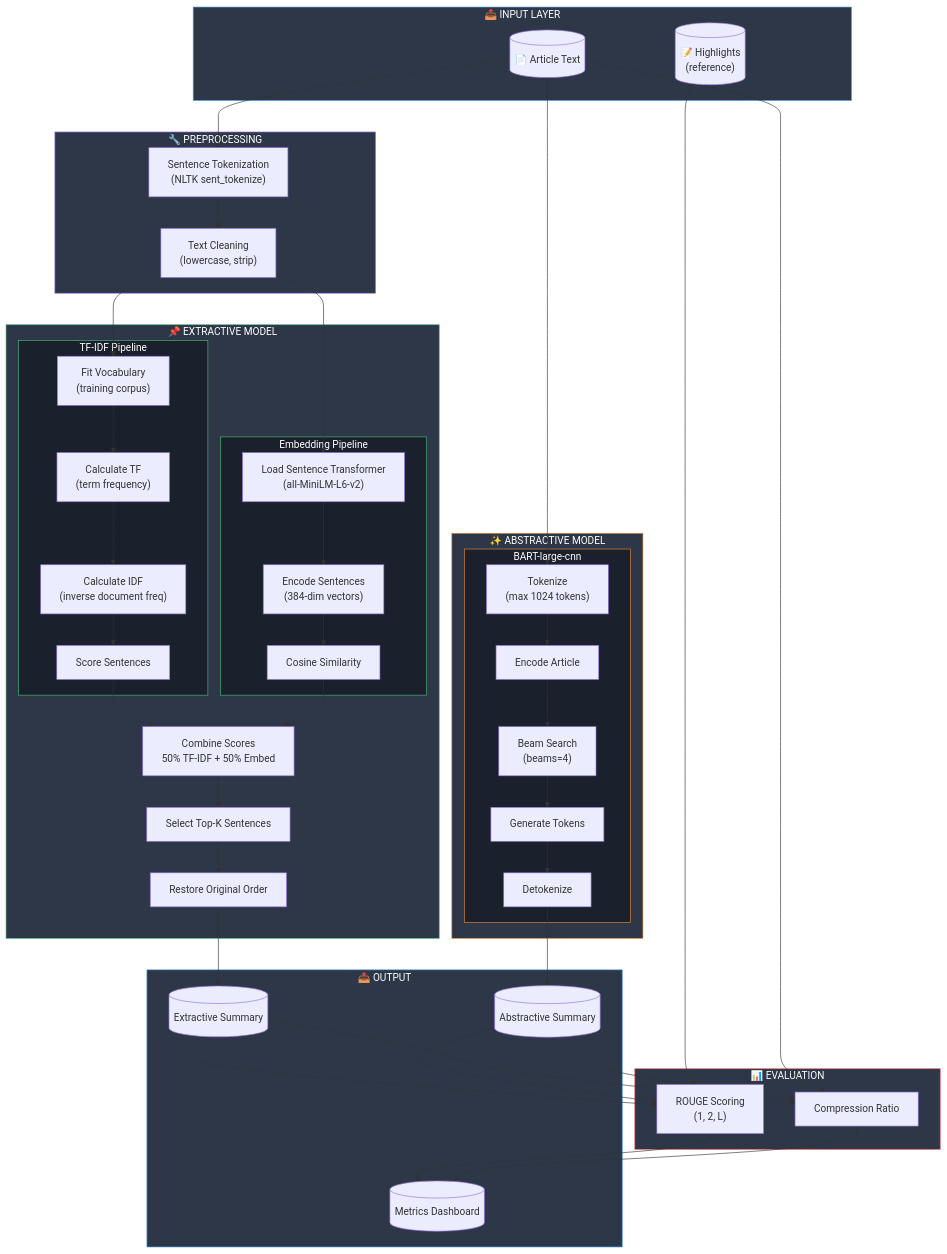
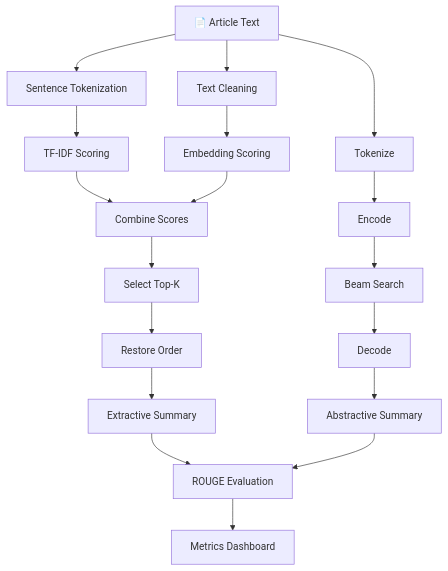
One commit to AhmedGamal-Gemy/nlp_text_summarization changed the diagram in diagrams/system_architecture.mmd. Above: the diagram before and after it, drawn with Mermaid. The commit also changed 23 other files, not shown here.

```diff
--- a/diagrams/system_architecture.mmd
+++ b/diagrams/system_architecture.mmd
@@ -1,96 +1,23 @@
 flowchart TB
-    subgraph INPUT["📥 INPUT LAYER"]
-        A[("📄 Article Text")]
-        B[("📝 Highlights<br/>(reference)")]
-    end
-
-    subgraph PREP["🔧 PREPROCESSING"]
-        P1["Sentence Tokenization<br/>(NLTK sent_tokenize)"]
-        P2["Text Cleaning<br/>(lowercase, strip)"]
-    end
-
-    subgraph EXTRACTIVE["📌 EXTRACTIVE MODEL"]
-        subgraph TFIDF["TF-IDF Pipeline"]
-            T1["Fit Vocabulary<br/>(training corpus)"]
-            T2["Calculate TF<br/>(term frequency)"]
-            T3["Calculate IDF<br/>(inverse document freq)"]
-            T4["Score Sentences"]
-        end
-
-        subgraph EMBED["Embedding Pipeline"]
-            E1["Load Sentence Transformer<br/>(all-MiniLM-L6-v2)"]
-            E2["Encode Sentences<br/>(384-dim vectors)"]
-            E3["Cosine Similarity"]
-        end
-
-        COMB["Combine Scores<br/>50% TF-IDF + 50% Embed"]
-        SEL["Select Top-K Sentences"]
-        RESTORE["Restore Original Order"]
-    end
-
-    subgraph ABSTRACTIVE["✨ ABSTRACTIVE MODEL"]
-        subgraph BART["BART-large-cnn"]
-            TOK["Tokenize<br/>(max 1024 tokens)"]
-            ENC["Encode Article"]
-            BEAM["Beam Search<br/>(beams=4)"]
-            DEC["Generate Tokens"]
-            DETOK["Detokenize"]
-        end
-    end
-
-    subgraph EVAL["📊 EVALUATION"]
-        ROUGE["ROUGE Scoring<br/>(1, 2, L)"]
-        COMP["Compression Ratio"]
-    end
-
-    subgraph OUTPUT["📤 OUTPUT"]
-        EXT_OUT[("Extractive Summary")]
-        ABS_OUT[("Abstractive Summary")]
-        METRICS[("Metrics Dashboard")]
-    end
-
-    A --> P1
-    P1 --> P2
-    P2 --> T1
-    P2 --> E1
+    A["📄 Article Text"] --> P1["Sentence Tokenization"]
+    A --> P2["Text Cleaning"]
     
-    T1 --> T2
-    T2 --> T3
-    T3 --> T4
+    P1 --> T1["TF-IDF Scoring"]
+    P2 --> E1["Embedding Scoring"]
     
-    E1 --> E2
-    E2 --> E3
+    T1 --> C1["Combine Scores"]
+    E1 --> C1
     
-    T4 --> COMB
-    E3 --> COMB
-    COMB --> SEL
-    SEL --> RESTORE
-    RESTORE --> EXT_OUT
+    C1 --> S1["Select Top-K"]
+    S1 --> R1["Restore Order"]
+    R1 --> O1["Extractive Summary"]
     
-    A --> TOK
-    TOK --> ENC
-    ENC --> BEAM
-    BEAM --> DEC
-    DEC --> DETOK
-    DETOK --> ABS_OUT
+    A --> T2["Tokenize"]
+    T2 --> E2["Encode"]
+    E2 --> B1["Beam Search"]
+    B1 --> D1["Decode"]
+    D1 --> O2["Abstractive Summary"]
     
-    B --> ROUGE
-    EXT_OUT --> ROUGE
-    ABS_OUT --> ROUGE
-    
-    A --> COMP
-    EXT_OUT --> COMP
-    ABS_OUT --> COMP
-    
-    ROUGE --> METRICS
-    COMP --> METRICS
-
-    style INPUT fill:#2d3748,stroke:#4299e1,color:#fff
-    style PREP fill:#2d3748,stroke:#9f7aea,color:#fff
-    style EXTRACTIVE fill:#2d3748,stroke:#48bb78,color:#fff
-    style ABSTRACTIVE fill:#2d3748,stroke:#ed8936,color:#fff
-    style EVAL fill:#2d3748,stroke:#f56565,color:#fff
-    style OUTPUT fill:#2d3748,stroke:#4299e1,color:#fff
-    style TFIDF fill:#1a202c,stroke:#48bb78,color:#fff
-    style EMBED fill:#1a202c,stroke:#48bb78,color:#fff
-    style BART fill:#1a202c,stroke:#ed8936,color:#fff
+    O1 --> M1["ROUGE Evaluation"]
+    O2 --> M1
+    M1 --> R2["Metrics Dashboard"]
```
